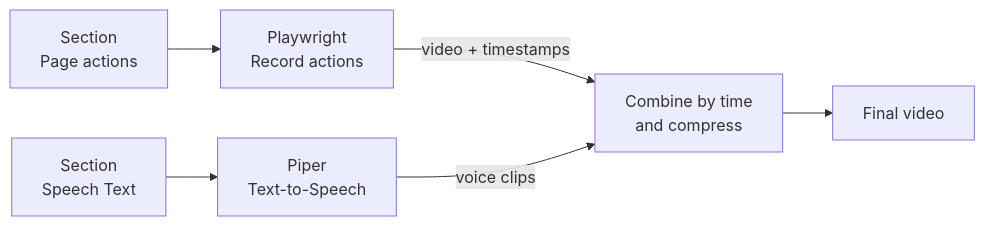
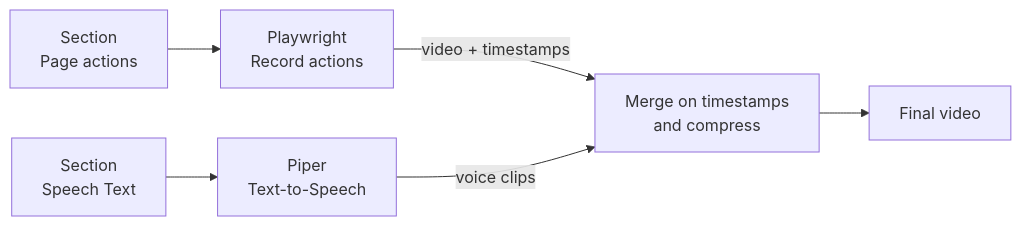
The diagram in _drafts/2025-12-21-automated-tutorial-recording-playwright.md (charnley/blog), drawn with Mermaid before and after one commit. The commit also changed other lines of this file, not shown here.

````diff
--- a/_drafts/2025-12-21-automated-tutorial-recording-playwright.md
+++ b/_drafts/2025-12-21-automated-tutorial-recording-playwright.md
@@ -188,12 +200,12 @@
 ```mermaid
 flowchart LR
-    
+
     actions[Section<br /> Page actions] --> Playwright[Playwright<br/>Record actions]
     text[Section <br/> Speech Text] --> TTS[Piper<br/>Text-to-Speech]
 
-    Playwright -->|video + timestamps| Combine[Combine by time<br />and compress]
+    Playwright -->|video + timestamps| Combine[Merge on timestamps<br />and compress]
     TTS -->|voice clips| Combine
 
     Combine --> Final[Final video]
 
 ```
````
